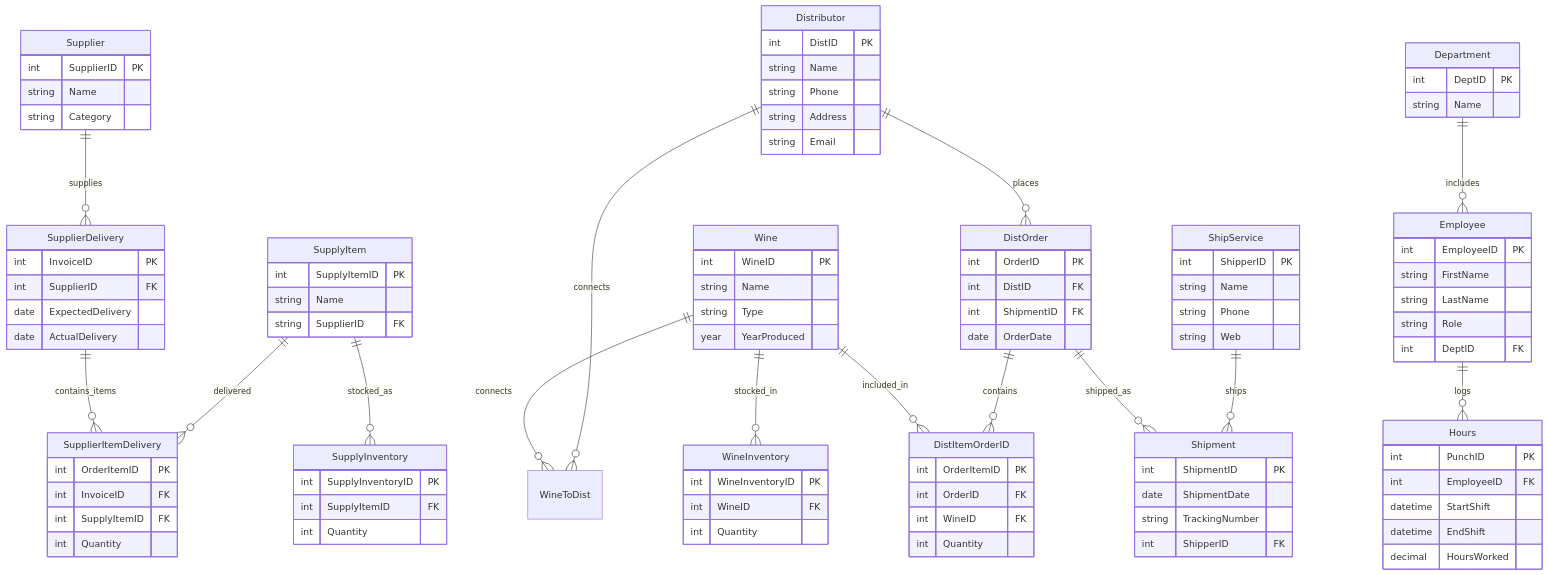
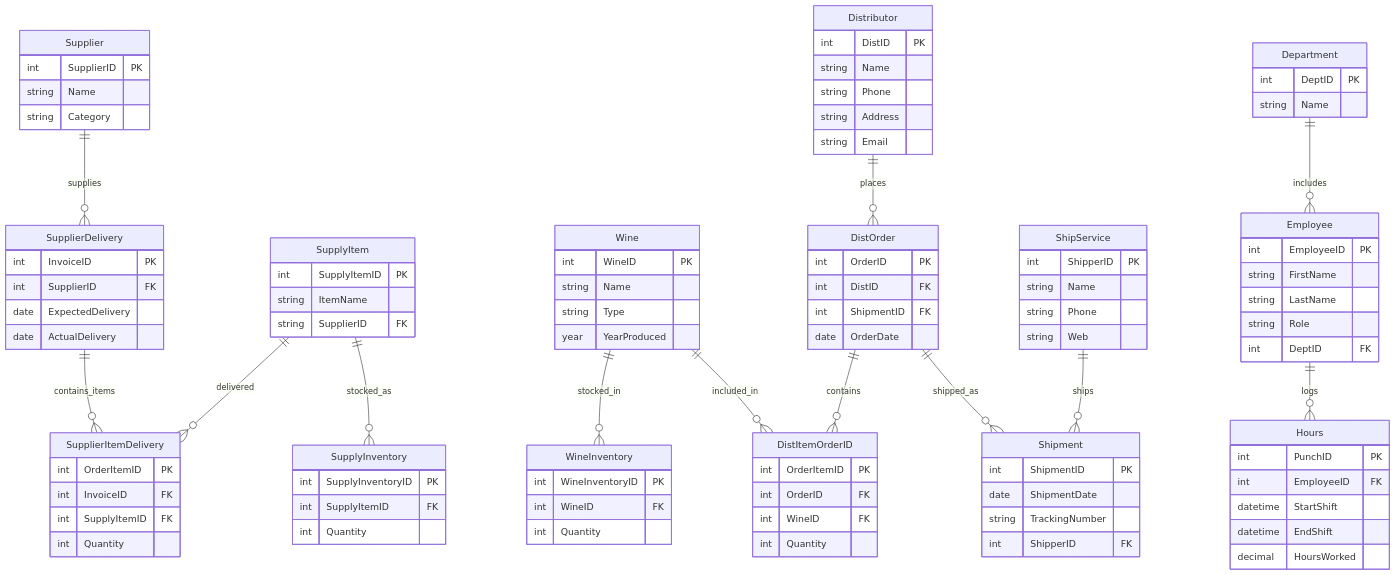
One commit to BobbyJoeCool/CSD310-BlueTeam changed the diagram in Final_Project/ERD.mmd. Above: the diagram before and after it, drawn with Mermaid. The commit also changed 5 other files, not shown here.

```diff
--- a/Final_Project/ERD.mmd
+++ b/Final_Project/ERD.mmd
@@ -1,138 +1,135 @@
 erDiagram
     direction TB
 
     %% Supplier Tables
 
     Supplier {
         int SupplierID PK
         string Name
         string Category
     }
 
     SupplierDelivery {
         int InvoiceID PK
         int SupplierID FK
         date ExpectedDelivery
         date ActualDelivery
     }
 
     SupplyItem {
         int SupplyItemID PK
-        string Name
+        string ItemName
         string SupplierID FK
     }
 
     SupplyInventory {
         int SupplyInventoryID PK
         int SupplyItemID FK
         int Quantity
     }
 
     SupplierItemDelivery {
         int OrderItemID PK
         int InvoiceID FK
         int SupplyItemID FK
         int Quantity
     }
 
 
     %% Wine TABLES
 
     WineInventory {
         int WineInventoryID PK
         int WineID FK
         int Quantity
     }
 
     Wine {
         int WineID PK
         string Name
         string Type
         year YearProduced
     }
 
 
     %% DISTRIBUTOR TABLES
 
     Distributor {
         int DistID PK
         string Name
         string Phone
         string Address
         string Email
     }
 
     DistOrder {
         int OrderID PK
         int DistID FK
         int ShipmentID FK
         date OrderDate
     }
 
     DistItemOrderID {
         int OrderItemID PK
         int OrderID FK
         int WineID FK
         int Quantity
     }
 
     ShipService {
         int ShipperID PK
         string Name
         string Phone
         string Web
     }
 
     Shipment {
         int ShipmentID PK
         date ShipmentDate
         string TrackingNumber
         int ShipperID FK
     }
 
 
     %% Employee Tables
 
     Department {
         int DeptID PK
         string Name
     }
 
     Employee {
         int EmployeeID PK
         string FirstName
         string LastName
         string Role
         int DeptID FK
     }
 
     Hours {
         int PunchID PK
         int EmployeeID FK
         datetime StartShift
         datetime EndShift
         decimal HoursWorked
     }
 
 
     %% RELATIONSHIPS
     
     Supplier ||--o{ SupplierDelivery : supplies
     SupplierDelivery ||--o{ SupplierItemDelivery : contains_items
     SupplyItem ||--o{ SupplierItemDelivery : delivered
     SupplyItem ||--o{ SupplyInventory : stocked_as
 
     Wine ||--o{ WineInventory : stocked_in
     Wine ||--o{ DistItemOrderID : included_in
 
     Department ||--o{ Employee : includes
     Employee ||--o{ Hours : logs
 
     Distributor ||--o{ DistOrder : places
     DistOrder ||--o{ DistItemOrderID : contains
 
     DistOrder ||--o{ Shipment : shipped_as
     ShipService ||--o{ Shipment : ships
-
-    Wine ||--o{ WineToDist : connects
-    Distributor ||--o{ WineToDist : connects
```
